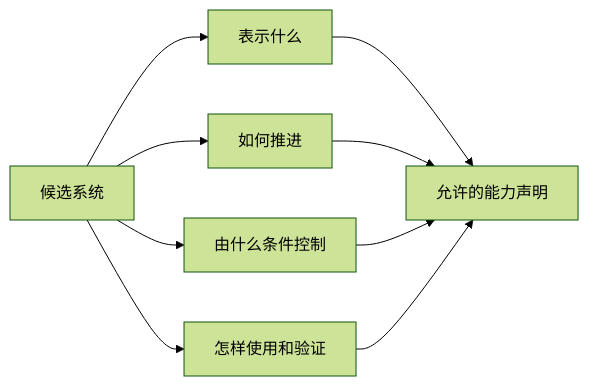
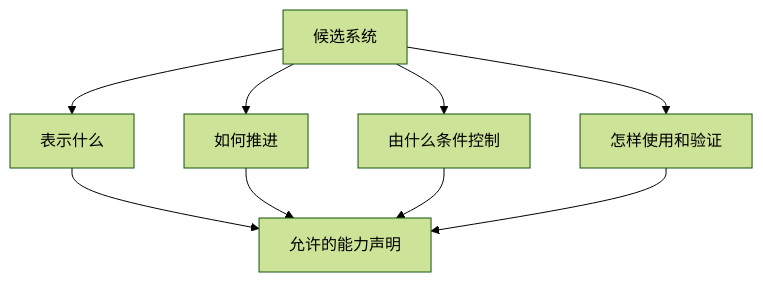
Before and after one commit to dollarser/world-models-and-embodied-ai-book: the diagram in docs/part-01-loop/ch02-what-is-a-world-model.md, drawn with Mermaid (forest theme). The commit also changed other lines of this file and 46 other files, not shown here.

````diff
--- a/docs/part-01-loop/ch02-what-is-a-world-model.md
+++ b/docs/part-01-loop/ch02-what-is-a-world-model.md
@@ -129,13 +129,13 @@
 ```mermaid
-flowchart LR
+flowchart TB
     accTitle: FIG-02-01 世界模型四轴证据卡
     accDescr: 系统名称被拆成表示、推进、条件和用途四个问题，再由转移、干预和闭环证据决定允许发布的能力声明。
     S[候选系统] --> A[表示什么]
     S --> B[如何推进]
     S --> C[由什么条件控制]
     S --> D[怎样使用和验证]
     A --> E[允许的能力声明]
     B --> E
     C --> E
     D --> E
 ```
````
